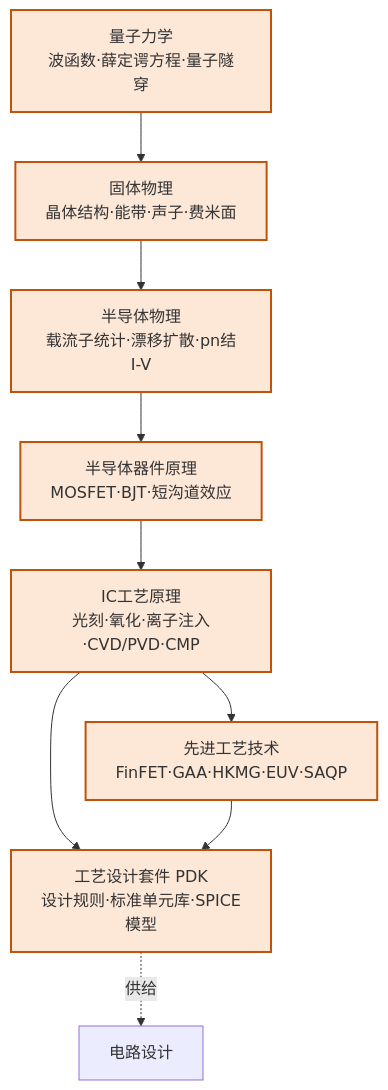
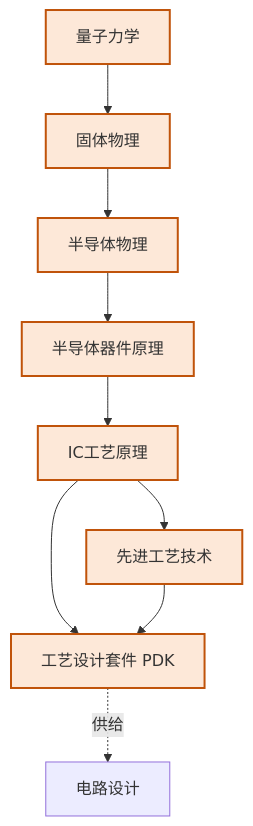
The first of 6 diagrams in docs/知识谱系.md (Crys-Chen/ic-guide), drawn with Mermaid before and after one commit. The commit also changed other lines of this file and 17 other files, not shown here.

````diff
--- a/docs/知识谱系.md
+++ b/docs/知识谱系.md
@@ -64,18 +64,18 @@
 ```mermaid
 graph TB
-    QM["量子力学\n波函数·薛定谔方程·量子隧穿"]
-    SSP["固体物理\n晶体结构·能带·声子·费米面"]
-    SCP["半导体物理\n载流子统计·漂移扩散·pn结I-V"]
-    DEV["半导体器件原理\nMOSFET·BJT·短沟道效应"]
-    PROC["IC工艺原理\n光刻·氧化·离子注入·CVD/PVD·CMP"]
-    ADPROC["先进工艺技术\nFinFET·GAA·HKMG·EUV·SAQP"]
-    PDK["工艺设计套件 PDK\n设计规则·标准单元库·SPICE模型"]
+    QM["量子力学"]
+    SSP["固体物理"]
+    SCP["半导体物理"]
+    DEV["半导体器件原理"]
+    PROC["IC工艺原理"]
+    ADPROC["先进工艺技术"]
+    PDK["工艺设计套件 PDK"]
     
     QM --> SSP --> SCP --> DEV --> PROC --> ADPROC
     PROC --> PDK
     ADPROC --> PDK
     PDK -.->|供给| 电路设计
     
     classDef device fill:#FDE8D8,stroke:#C0530A,stroke-width:2px
     class QM,SSP,SCP,DEV,PROC,ADPROC,PDK device
 ```
````
